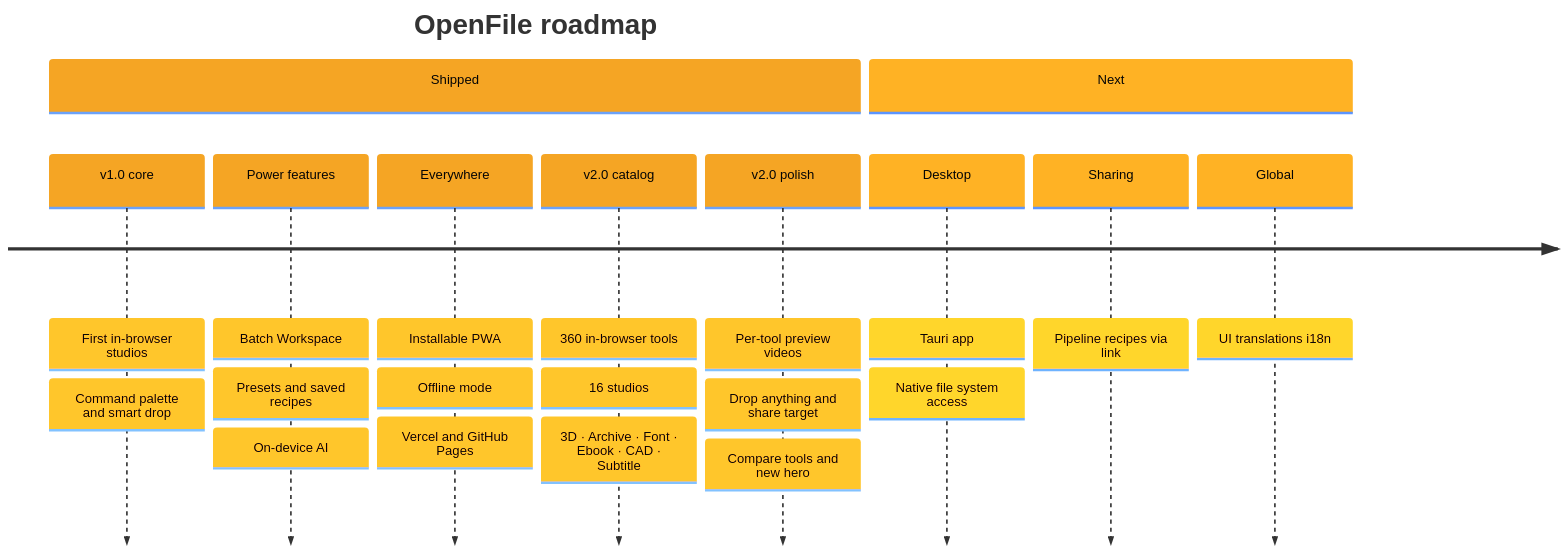
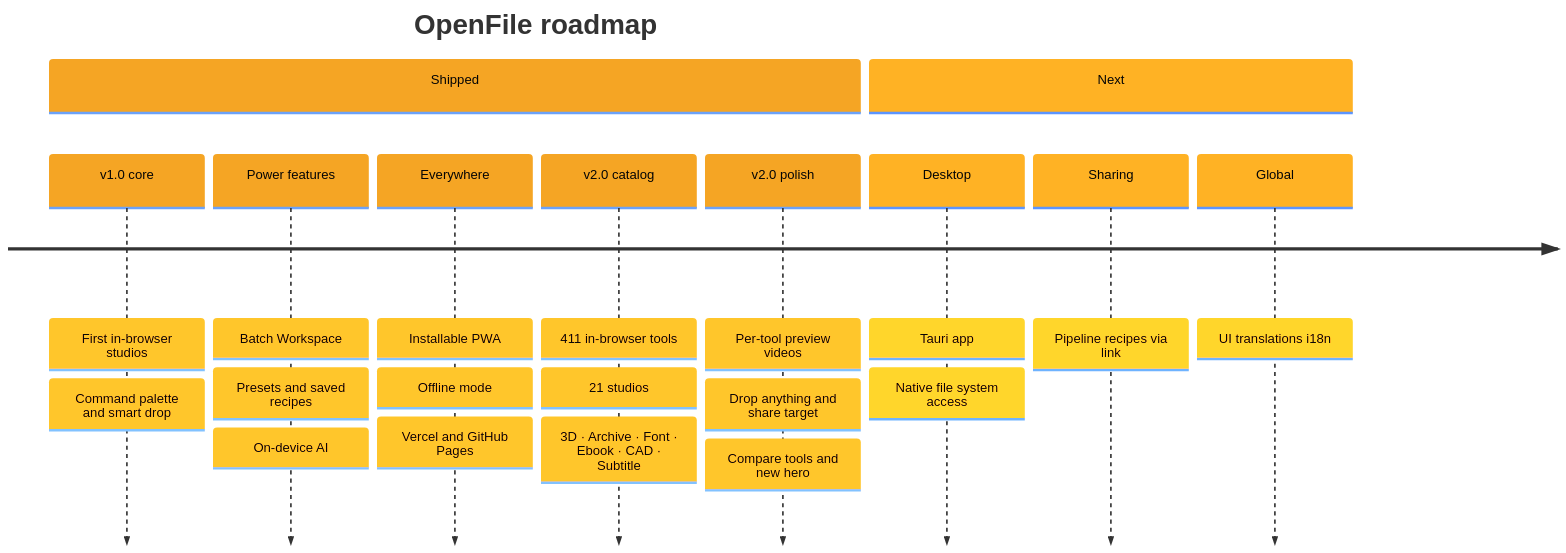
One commit to aniruddhaadak80/OpenFile changed the eighth of 8 diagrams in README.md. Above: the diagram before and after it, drawn with Mermaid. The commit also changed other lines of this file and 92 other files, not shown here.

Commit message:
Five new studios and 51 tools: Local AI (10), Security & Privacy, Maps & GPS, Office & Sheets, Science & Education, Creator Studio

````diff
--- a/README.md
+++ b/README.md
@@ -1347,15 +1502,15 @@
 ```mermaid
 %%{init: {'theme':'base','themeVariables':{'fontFamily':'system-ui, sans-serif','cScale0':'#F5A524','cScaleLabel0':'#050505','cScale1':'#FFB224','cScaleLabel1':'#050505','cScale2':'#14B8A6','cScaleLabel2':'#050505','cScale3':'#22D3EE','cScaleLabel3':'#050505','cScale4':'#10B981','cScaleLabel4':'#050505','cScale5':'#38BDF8','cScaleLabel5':'#050505','cScale6':'#FCD34D','cScaleLabel6':'#050505','cScale7':'#5EEAD4','cScaleLabel7':'#050505'}}}%%
 timeline
     title OpenFile roadmap
     section Shipped
         v1.0 core : First in-browser studios : Command palette and smart drop
         Power features : Batch Workspace : Presets and saved recipes : On-device AI
         Everywhere : Installable PWA : Offline mode : Vercel and GitHub Pages
-        v2.0 catalog : 360 in-browser tools : 16 studios : 3D · Archive · Font · Ebook · CAD · Subtitle
+        v2.0 catalog : 411 in-browser tools : 21 studios : 3D · Archive · Font · Ebook · CAD · Subtitle
         v2.0 polish : Per-tool preview videos : Drop anything and share target : Compare tools and new hero
     section Next
         Desktop : Tauri app : Native file system access
         Sharing : Pipeline recipes via link
         Global : UI translations i18n
 ```
````
